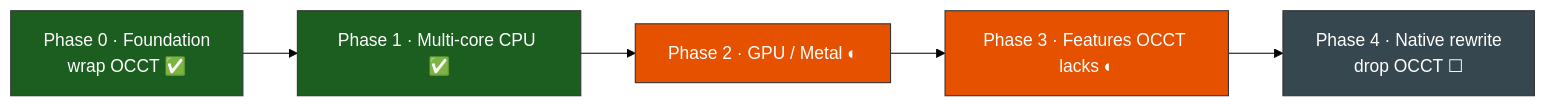
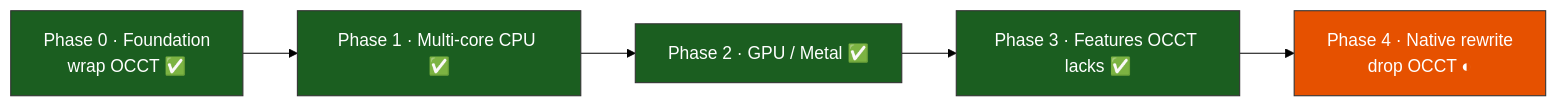
Before and after one commit to CyberdyneCorp/CyberCadKernel: the diagram in docs/ROADMAP.md, drawn with Mermaid (forest theme). The commit also changed other lines of this file and 2 other files, not shown here.

First line of the commit message:
docs: sync ROADMAP/STATUS/README to current status (Phases 0-3 done, Phase 4 native progress)

````diff
--- a/docs/ROADMAP.md
+++ b/docs/ROADMAP.md
@@ -7,13 +7,13 @@
 ```mermaid
 flowchart LR
     P0["Phase 0 · Foundation<br/>wrap OCCT ✅"] --> P1["Phase 1 · Multi-core CPU ✅"]
-    P1 --> P2["Phase 2 · GPU / Metal ◐"]
-    P2 --> P3["Phase 3 · Features OCCT lacks ◐"]
-    P3 --> P4["Phase 4 · Native rewrite<br/>drop OCCT ☐"]
+    P1 --> P2["Phase 2 · GPU / Metal ✅"]
+    P2 --> P3["Phase 3 · Features OCCT lacks ✅"]
+    P3 --> P4["Phase 4 · Native rewrite<br/>drop OCCT ◐"]
 
     style P0 fill:#1b5e20,color:#fff,stroke:#333
     style P1 fill:#1b5e20,color:#fff,stroke:#333
-    style P2 fill:#e65100,color:#fff,stroke:#333
-    style P3 fill:#e65100,color:#fff,stroke:#333
-    style P4 fill:#37474f,color:#fff,stroke:#333
+    style P2 fill:#1b5e20,color:#fff,stroke:#333
+    style P3 fill:#1b5e20,color:#fff,stroke:#333
+    style P4 fill:#e65100,color:#fff,stroke:#333
 ```
````
